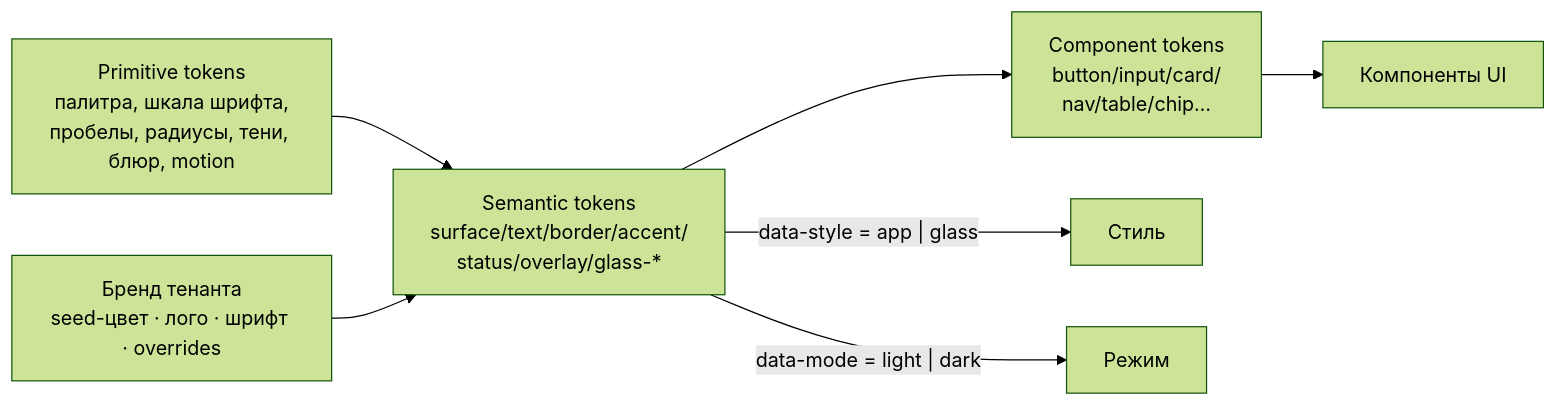
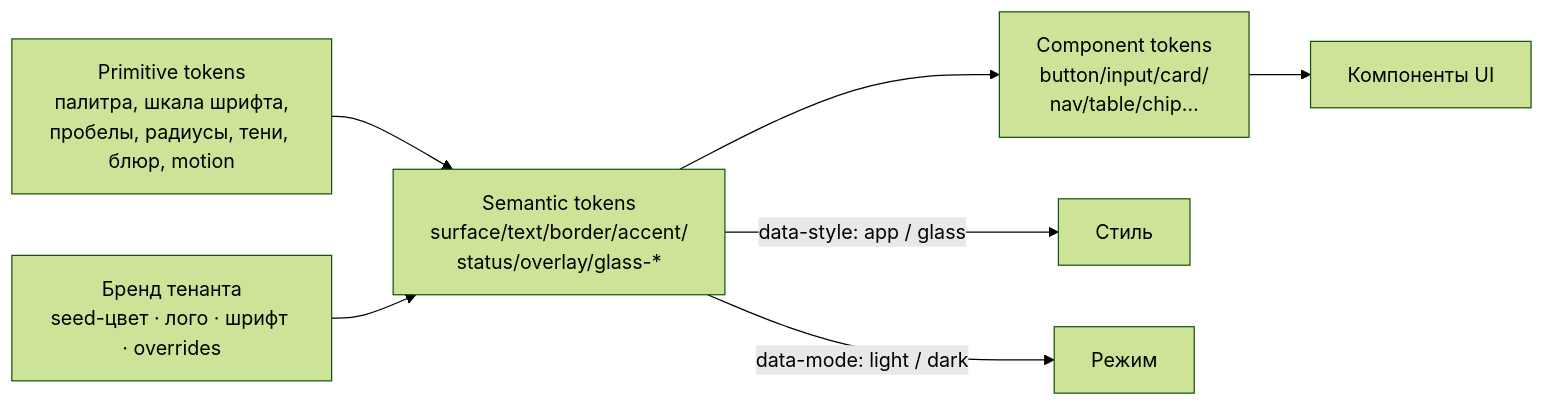
One commit to Rivega42/biblio changed the diagram in docs/design/TZ_CLAUDEDESIGN_design-system.md. Above: the diagram before and after it, drawn with Mermaid (forest theme). The commit also changed 1 other file, not shown here.

Commit message:
docs(diagrams): fix Mermaid rendering on GitHub — remove literal pipe inside edge labels (data-style/data-mode), simplify legacy classDef; all 4 diagrams validated via mermaid-cli

````diff
--- a/docs/design/TZ_CLAUDEDESIGN_design-system.md
+++ b/docs/design/TZ_CLAUDEDESIGN_design-system.md
@@ -25,9 +25,9 @@
 ```mermaid
 flowchart LR
   P["Primitive tokens<br/>палитра, шкала шрифта,<br/>пробелы, радиусы, тени, блюр, motion"] --> S["Semantic tokens<br/>surface/text/border/accent/<br/>status/overlay/glass-*"]
   S --> C["Component tokens<br/>button/input/card/<br/>nav/table/chip…"]
   TENANT["Бренд тенанта<br/>seed-цвет · лого · шрифт · overrides"] --> S
-  S -->|"data-style = app | glass"| ST["Стиль"]
-  S -->|"data-mode = light | dark"| MD["Режим"]
+  S -->|"data-style: app / glass"| ST["Стиль"]
+  S -->|"data-mode: light / dark"| MD["Режим"]
   C --> UI["Компоненты UI"]
 ```
````
